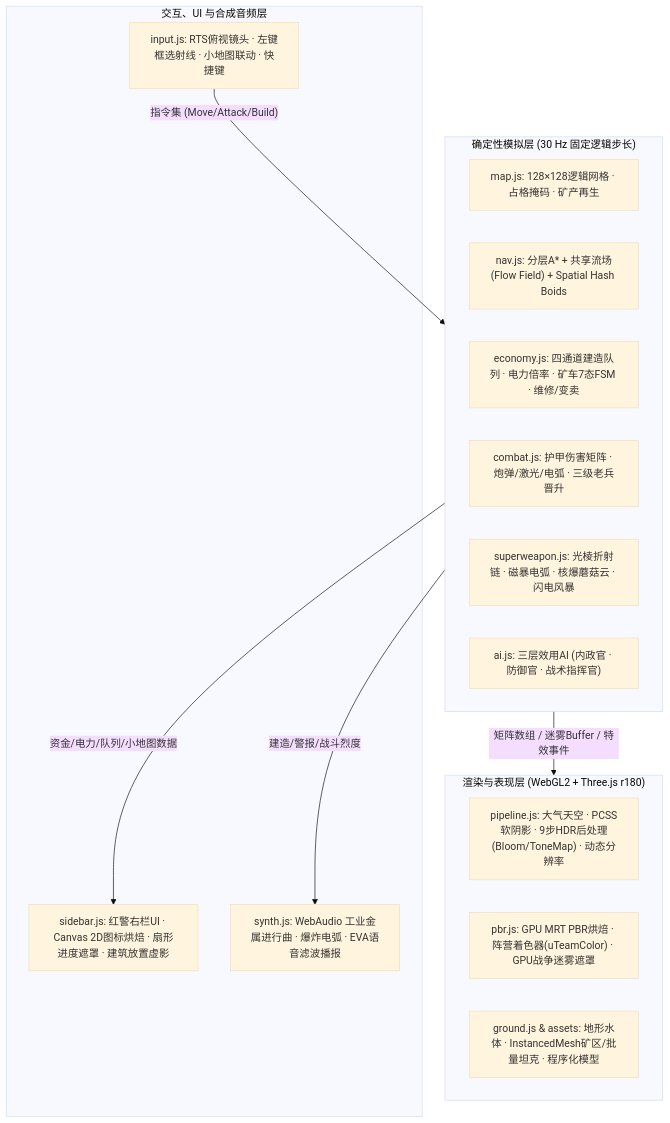
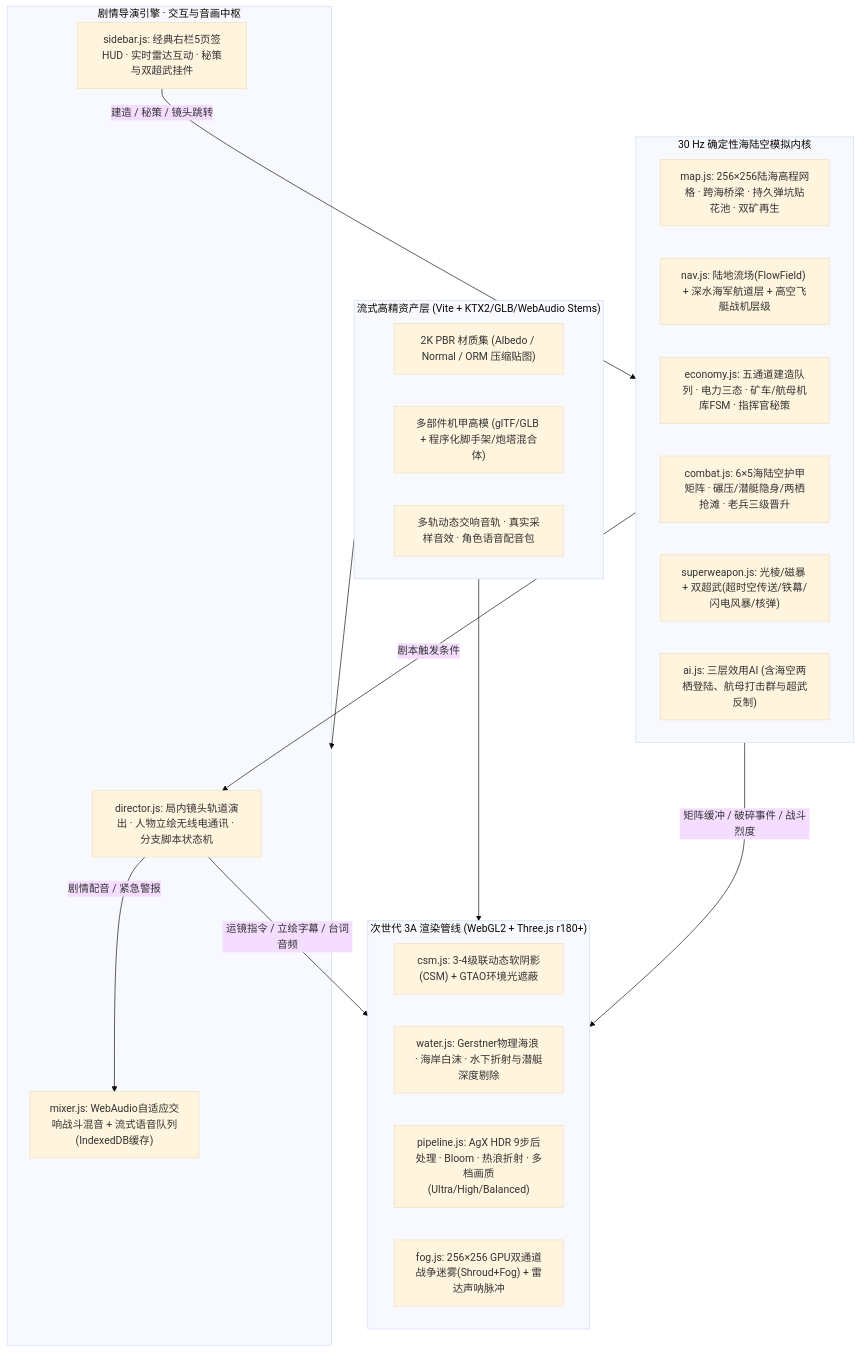
One commit to mullvadcat/RedAlert3A changed the diagram in docs/SDD.md. Above: the diagram before and after it, drawn with Mermaid (base theme). The commit also changed other lines of this file and 6 other files, not shown here.

````diff
--- a/docs/SDD.md
+++ b/docs/SDD.md
@@ -13,28 +13,38 @@
 ```mermaid
 flowchart TB
-    subgraph Presentation["渲染与表现层 (WebGL2 + Three.js r180)"]
-        RP["pipeline.js: 大气天空 · PCSS软阴影 · 9步HDR后处理(Bloom/ToneMap) · 动态分辨率"]
-        PBR["pbr.js: GPU MRT PBR烘焙 · 阵营着色器(uTeamColor) · GPU战争迷雾遮罩"]
-        INST["ground.js & assets: 地形水体 · InstancedMesh矿区/批量坦克 · 程序化模型"]
+    subgraph Assets["流式高精资产层 (Vite + KTX2/GLB/WebAudio Stems)"]
+        TEX["2K PBR 材质集 (Albedo / Normal / ORM 压缩贴图)"]
+        MDL["多部件机甲高模 (glTF/GLB + 程序化脚手架/炮塔混合体)"]
+        SND["多轨动态交响音轨 · 真实采样音效 · 角色语音配音包"]
     end
 
-    subgraph Simulation["确定性模拟层 (30 Hz 固定逻辑步长)"]
-        MAP["map.js: 128×128逻辑网格 · 占格掩码 · 矿产再生"]
-        NAV["nav.js: 分层A* + 共享流场(Flow Field) + Spatial Hash Boids"]
-        ECO["economy.js: 四通道建造队列 · 电力倍率 · 矿车7态FSM · 维修/变卖"]
-        CMB["combat.js: 护甲伤害矩阵 · 炮弹/激光/电弧 · 三级老兵晋升"]
-        SW["superweapon.js: 光棱折射链 · 磁暴电弧 · 核爆蘑菇云 · 闪电风暴"]
-        AI["ai.js: 三层效用AI (内政官 · 防御官 · 战术指挥官)"]
+    subgraph Presentation["次世代 3A 渲染管线 (WebGL2 + Three.js r180+)"]
+        CSM["csm.js: 3-4级联动态软阴影(CSM) + GTAO环境光遮蔽"]
+        WTR["water.js: Gerstner物理海浪 · 海岸白沫 · 水下折射与潜艇深度剔除"]
+        RP["pipeline.js: AgX HDR 9步后处理 · Bloom · 热浪折射 · 多档画质(Ultra/High/Balanced)"]
+        FOG["fog.js: 256×256 GPU双通道战争迷雾(Shroud+Fog) + 雷达声呐脉冲"]
     end
 
-    subgraph IO["交互、UI 与合成音频层"]
-        INP["input.js: RTS俯视镜头 · 左键框选射线 · 小地图联动 · 快捷键"]
-        SIDE["sidebar.js: 红警右栏UI · Canvas 2D图标烘焙 · 扇形进度遮罩 · 建筑放置虚影"]
-        AUD["synth.js: WebAudio 工业金属进行曲 · 爆炸电弧 · EVA语音滤波播报"]
+    subgraph Simulation["30 Hz 确定性海陆空模拟内核"]
+        MAP["map.js: 256×256陆海高程网格 · 跨海桥梁 · 持久弹坑贴花池 · 双矿再生"]
+        NAV["nav.js: 陆地流场(FlowField) + 深水海军航道层 + 高空飞艇战机层级"]
+        ECO["economy.js: 五通道建造队列 · 电力三态 · 矿车/航母机库FSM · 指挥官秘策"]
+        CMB["combat.js: 6×5海陆空护甲矩阵 · 碾压/潜艇隐身/两栖抢滩 · 老兵三级晋升"]
+        SW["superweapon.js: 光棱/磁暴 + 双超武(超时空传送/铁幕/闪电风暴/核弹)"]
+        AI["ai.js: 三层效用AI (含海空两栖登陆、航母打击群与超武反制)"]
     end
 
-    INP -->|"指令集 (Move/Attack/Build)"| Simulation
-    Simulation -->|"矩阵数组 / 迷雾Buffer / 特效事件"| Presentation
-    Simulation -->|"建造/警报/战斗烈度"| AUD
-    Simulation -->|"资金/电力/队列/小地图数据"| SIDE
+    subgraph StoryUI["剧情导演引擎 · 交互与音画中枢"]
+        DIR["director.js: 局内镜头轨道演出 · 人物立绘无线电通讯 · 分支脚本状态机"]
+        SIDE["sidebar.js: 经典右栏5页签HUD · 实时雷达互动 · 秘策与双超武挂件"]
+        AUD["mixer.js: WebAudio自适应交响战斗混音 + 流式语音队列(IndexedDB缓存)"]
+    end
+
+    Assets --> Presentation
+    Assets --> StoryUI
+    SIDE -->|"建造 / 秘策 / 镜头跳转"| Simulation
+    Simulation -->|"矩阵缓冲 / 破碎事件 / 战斗烈度"| Presentation
+    Simulation -->|"剧本触发条件"| DIR
+    DIR -->|"运镜指令 / 立绘字幕 / 台词音频"| Presentation
+    DIR -->|"剧情配音 / 紧急警报"| AUD
 ```
````
